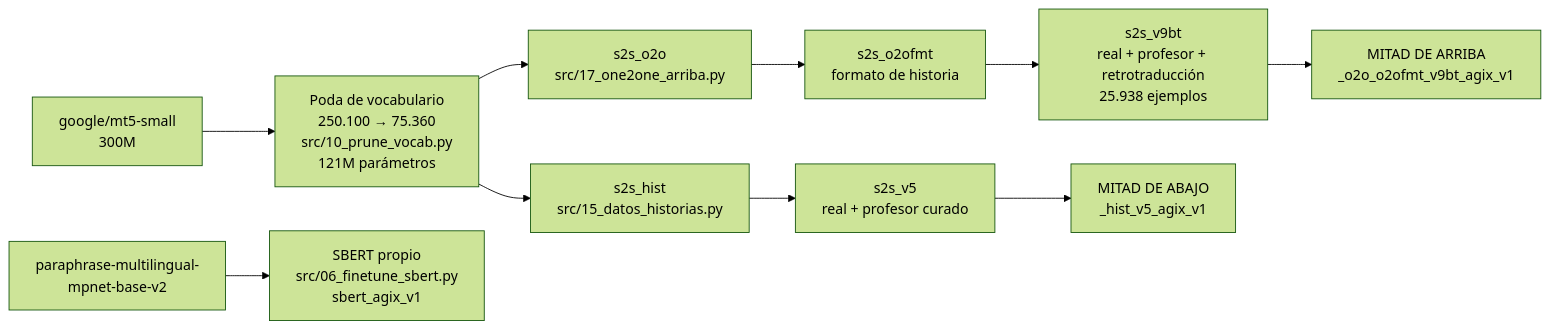
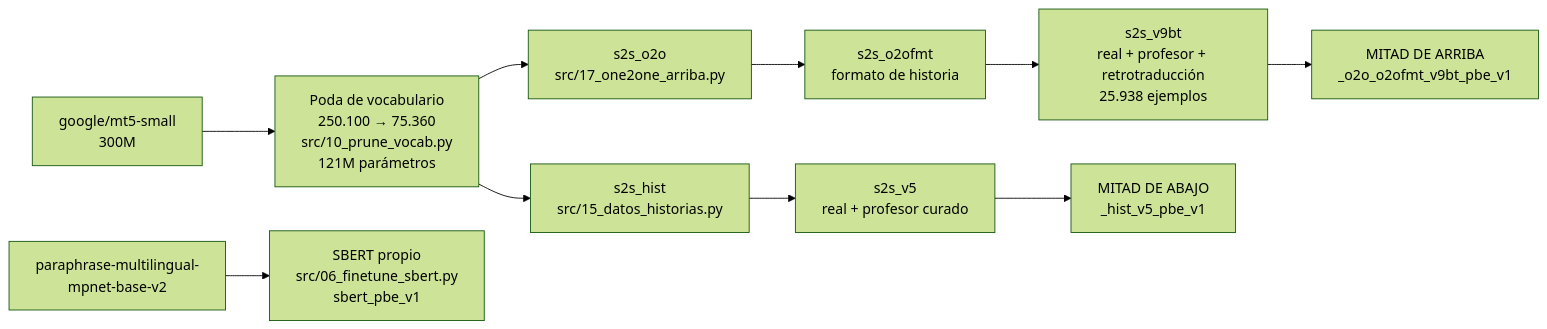
Before and after one commit to DTomasVr/Estimacion-progresiva-backlog: the sixth of 6 diagrams in generador/DISENO_GENERACION.md, drawn with Mermaid (forest theme). The commit also changed other lines of this file and 437 other files, not shown here.

````diff
--- a/generador/DISENO_GENERACION.md
+++ b/generador/DISENO_GENERACION.md
@@ -555,12 +555,12 @@
 ```mermaid
 flowchart LR
     M0["google/mt5-small<br/>300M"] --> M1["Poda de vocabulario<br/>250.100 → 75.360<br/>src/10_prune_vocab.py<br/>121M parámetros"]
     M1 --> UA["s2s_o2o<br/>src/17_one2one_arriba.py"]
     UA --> UB["s2s_o2ofmt<br/>formato de historia"]
     UB --> UC["s2s_v9bt<br/>real + profesor + retrotraducción<br/>25.938 ejemplos"]
-    UC --> UD["MITAD DE ARRIBA<br/>_o2o_o2ofmt_v9bt_agix_v1"]
+    UC --> UD["MITAD DE ARRIBA<br/>_o2o_o2ofmt_v9bt_pbe_v1"]
     M1 --> LA["s2s_hist<br/>src/15_datos_historias.py"]
     LA --> LB["s2s_v5<br/>real + profesor curado"]
-    LB --> LC["MITAD DE ABAJO<br/>_hist_v5_agix_v1"]
-    S0["paraphrase-multilingual-<br/>mpnet-base-v2"] --> S1["SBERT propio<br/>src/06_finetune_sbert.py<br/>sbert_agix_v1"]
+    LB --> LC["MITAD DE ABAJO<br/>_hist_v5_pbe_v1"]
+    S0["paraphrase-multilingual-<br/>mpnet-base-v2"] --> S1["SBERT propio<br/>src/06_finetune_sbert.py<br/>sbert_pbe_v1"]
 ```
````
